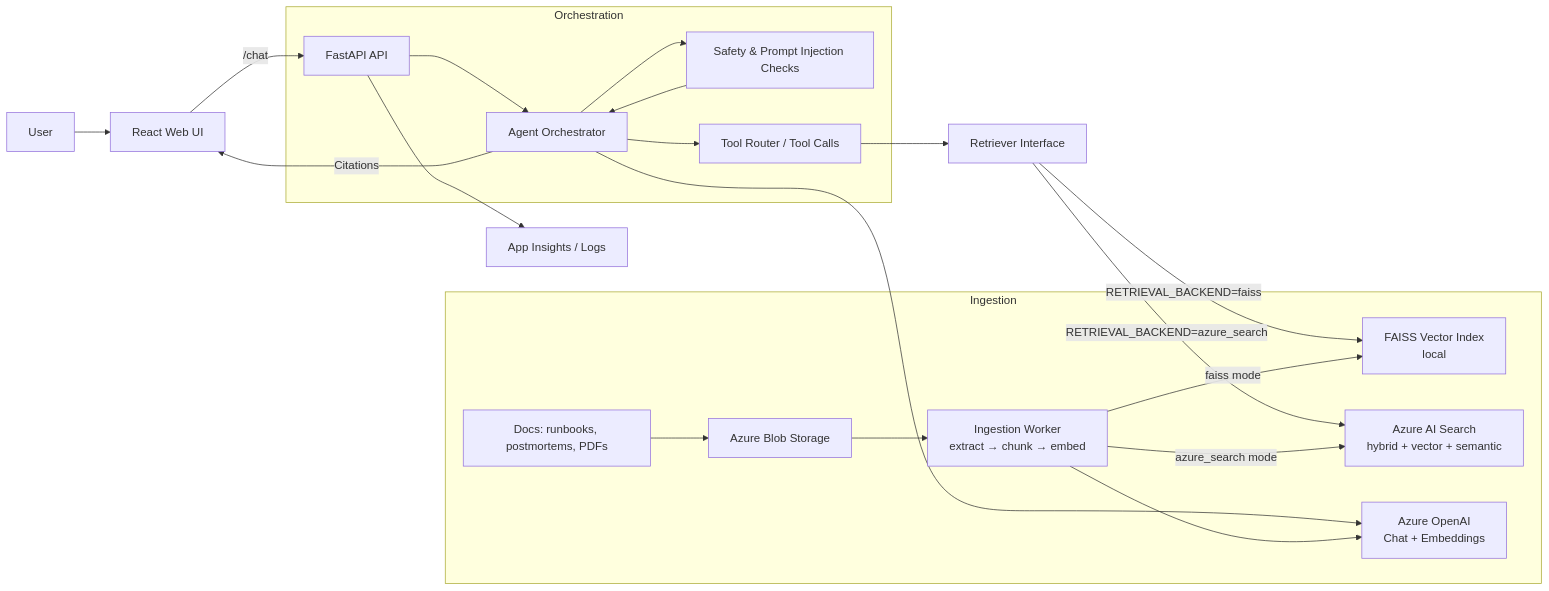
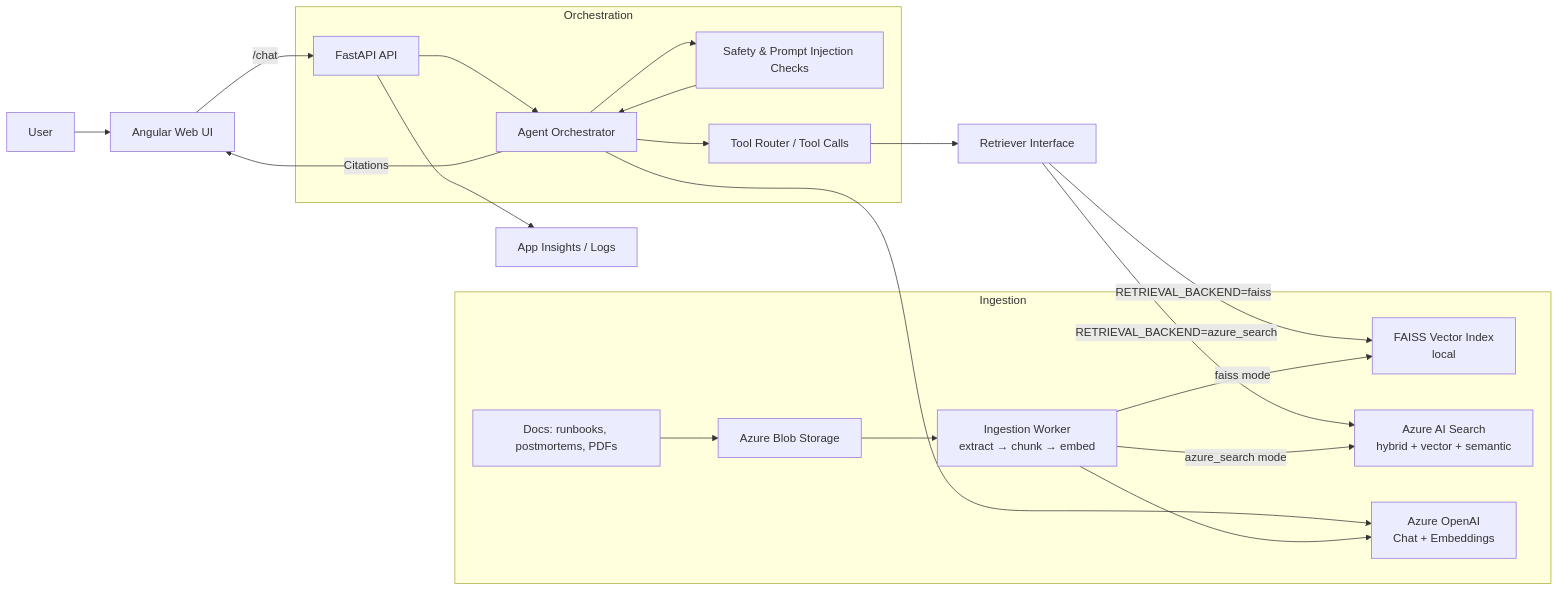
Before and after one commit to blueskymel/grounded-agent: the diagram in README.md, drawn with Mermaid.

Commit message:
Fix README architecture diagram UI label to Angular

````diff
--- a/README.md
+++ b/README.md
@@ -109,30 +109,30 @@
 ```mermaid
 flowchart LR
-  U[User] --> UI[React Web UI]
+  U[User] --> UI[Angular Web UI]
   UI -->|/chat| API[FastAPI API]
 
   subgraph Orchestration
     API --> AG[Agent Orchestrator]
     AG --> SAF[Safety & Prompt Injection Checks]
     AG --> TOOL[Tool Router / Tool Calls]
   end
 
   SAF --> AG
 
   TOOL --> RET[Retriever Interface]
   RET -->|RETRIEVAL_BACKEND=faiss| FAI[FAISS Vector Index<br/>local]
   RET -->|RETRIEVAL_BACKEND=azure_search| AIS[Azure AI Search<br/>hybrid + vector + semantic]
 
   AG --> AOAI[Azure OpenAI<br/>Chat + Embeddings]
   AG -->|Citations| UI
 
   subgraph Ingestion
     DOCS[Docs: runbooks, postmortems, PDFs] --> BLOB[Azure Blob Storage]
     BLOB --> ING[Ingestion Worker<br/>extract → chunk → embed]
     ING --> AOAI
     ING -->|faiss mode| FAI
     ING -->|azure_search mode| AIS
   end
 
   API --> OBS[App Insights / Logs]
   ```
````
